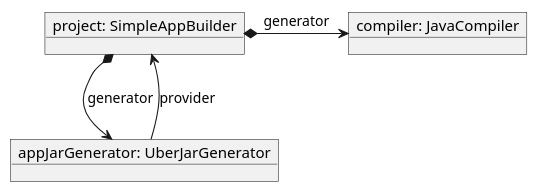
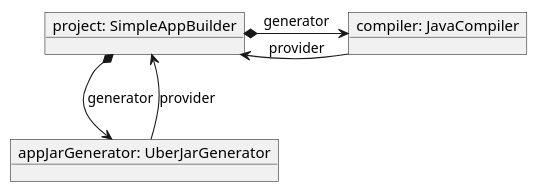
The third of 5 diagrams in overview.md (mnlipp/JDrupes-Builder), drawn with PlantUML before and after one commit. The commit also changed other lines of this file and 2 other files, not shown here.

```diff
--- a/overview.md
+++ b/overview.md
@@ -30,10 +31,11 @@
 @startuml simple-appjar-project.svg
 scale 1.075
 
 object "project: SimpleAppBuilder" as project
 object "compiler: JavaCompiler" as compiler
 object "appJarGenerator: UberJarGenerator" as appJarGenerator
 project *-right-> compiler : generator
 project *--> appJarGenerator : generator
 appJarGenerator --> project : provider
+compiler --> project : provider
 @enduml
```
